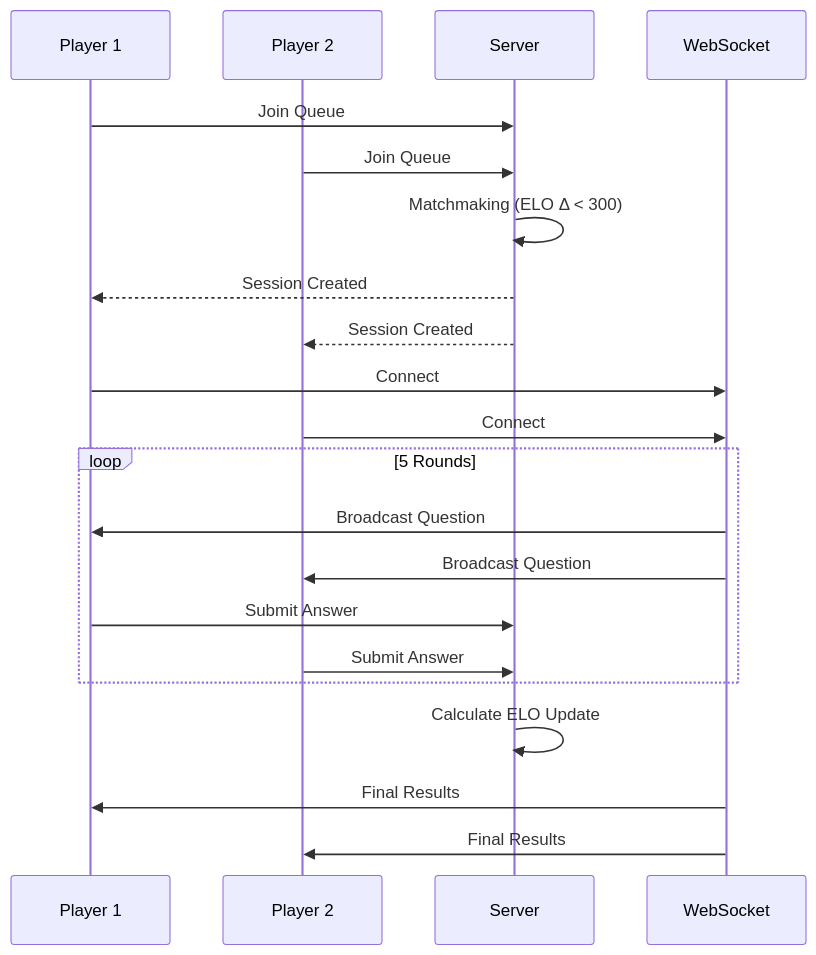
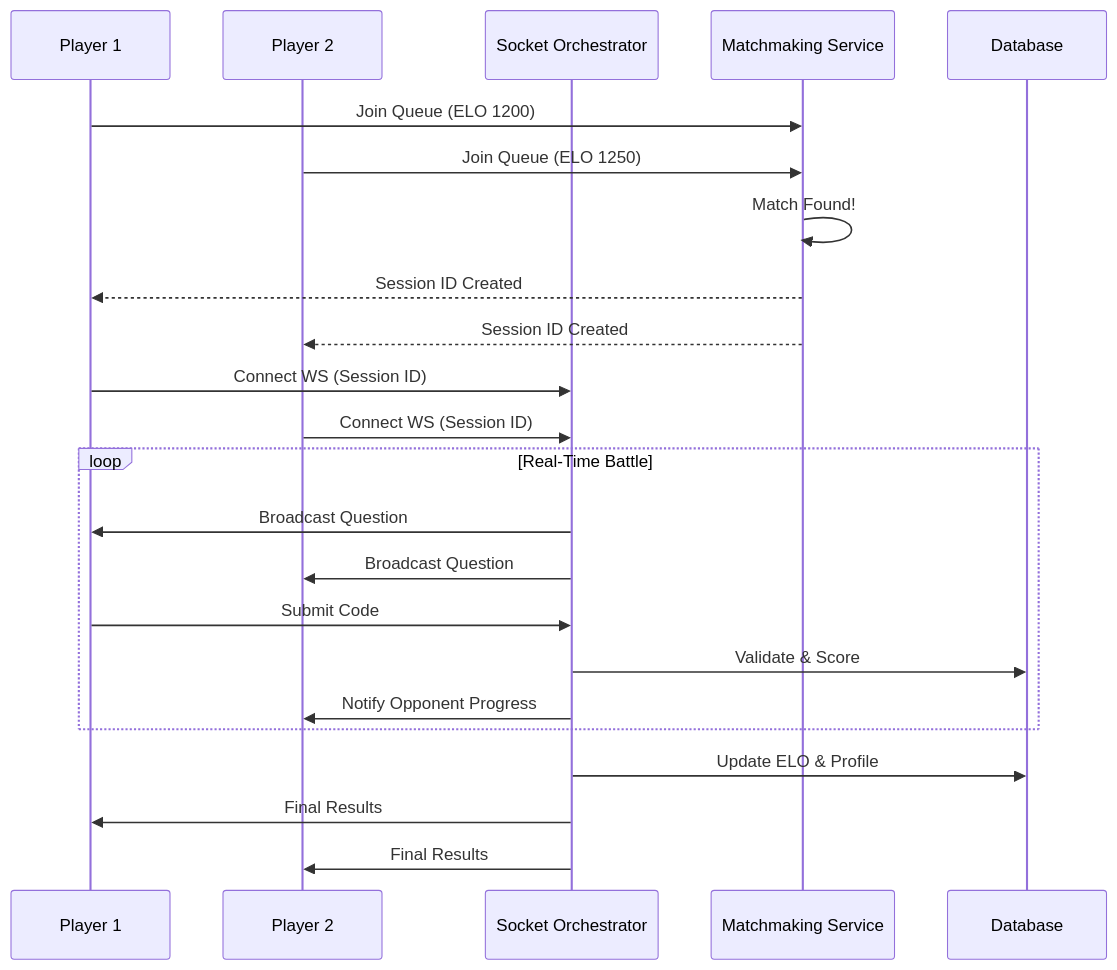
One commit to nahmahn/NxtDevs changed the second of 2 diagrams in README.md. Above: the diagram before and after it, drawn with Mermaid. The commit also changed other lines of this file, not shown here.

````diff
--- a/README.md
+++ b/README.md
@@ -48,24 +94,29 @@
 ```mermaid
 sequenceDiagram
     participant U1 as Player 1
     participant U2 as Player 2
-    participant S as Server
-    participant WS as WebSocket
+    participant Orch as Socket Orchestrator
+    participant MM as Matchmaking Service
+    participant DB as Database
 
-    U1->>S: Join Queue
-    U2->>S: Join Queue
-    S->>S: Matchmaking (ELO Δ < 300)
-    S-->>U1: Session Created
-    S-->>U2: Session Created
-    U1->>WS: Connect
-    U2->>WS: Connect
-    loop 5 Rounds
-        WS->>U1: Broadcast Question
-        WS->>U2: Broadcast Question
-        U1->>S: Submit Answer
-        U2->>S: Submit Answer
+    U1->>MM: Join Queue (ELO 1200)
+    U2->>MM: Join Queue (ELO 1250)
+    MM->>MM: Match Found!
+    MM-->>U1: Session ID Created
+    MM-->>U2: Session ID Created
+    
+    U1->>Orch: Connect WS (Session ID)
+    U2->>Orch: Connect WS (Session ID)
+    
+    loop Real-Time Battle
+        Orch->>U1: Broadcast Question
+        Orch->>U2: Broadcast Question
+        U1->>Orch: Submit Code
+        Orch->>DB: Validate & Score
+        Orch->>U2: Notify Opponent Progress
     end
-    S->>S: Calculate ELO Update
-    WS->>U1: Final Results
-    WS->>U2: Final Results
+    
+    Orch->>DB: Update ELO & Profile
+    Orch->>U1: Final Results
+    Orch->>U2: Final Results
 ```
````
